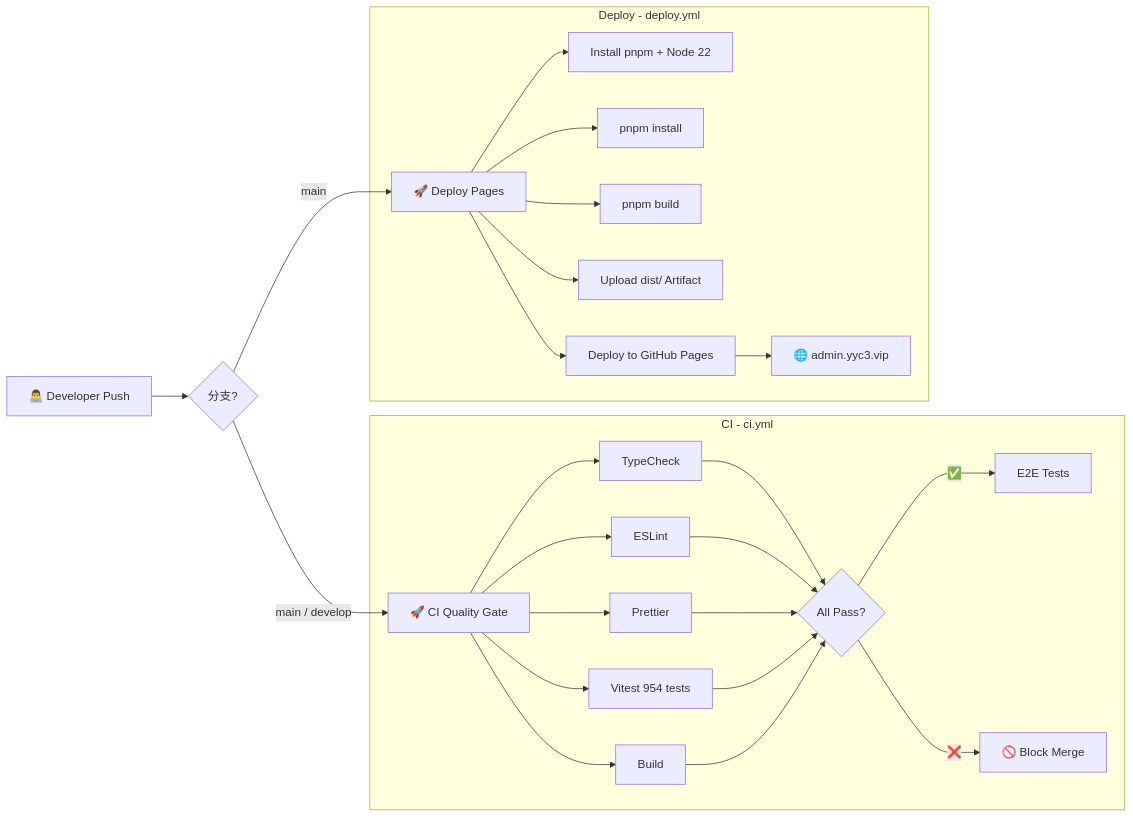
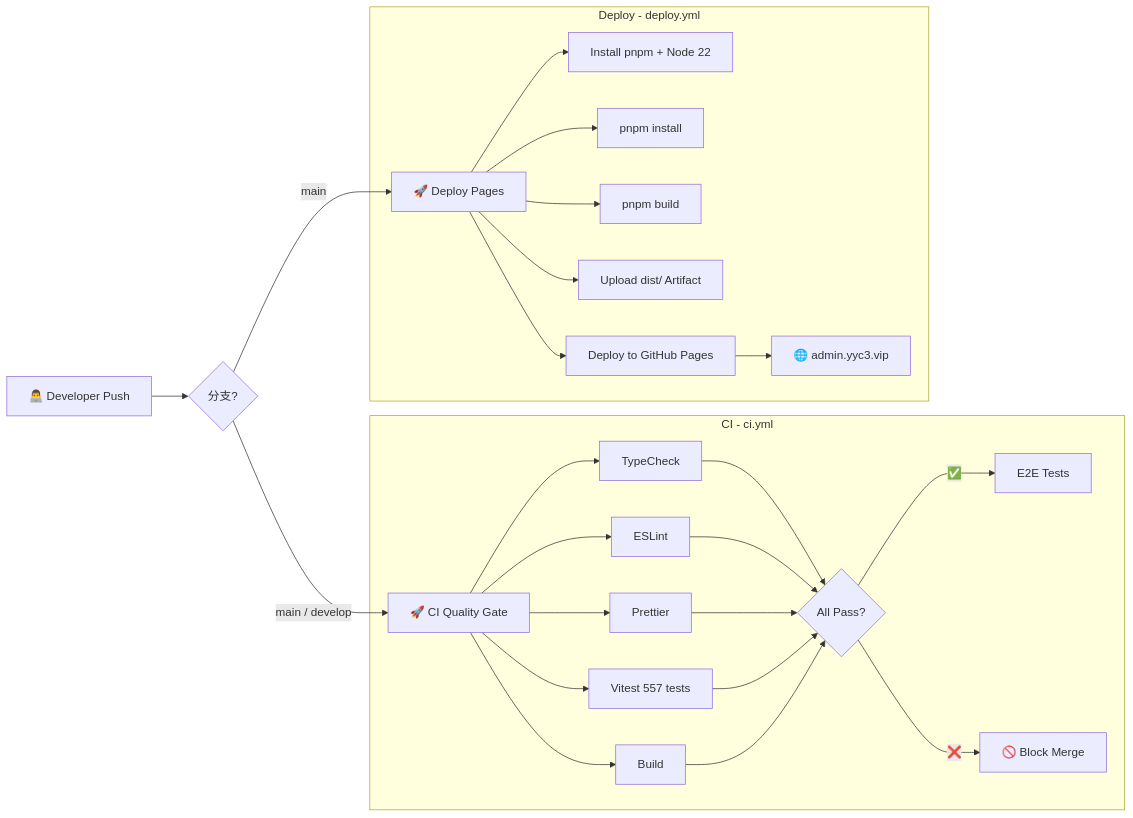
Before and after one commit to YYC-Cube/YYC3-Administration: the second of 3 diagrams in README.md, drawn with Mermaid. The commit also changed other lines of this file and 84 other files, not shown here.

````diff
--- a/README.md
+++ b/README.md
@@ -209,26 +216,26 @@
 ```mermaid
 flowchart LR
   A[👨‍💻 Developer Push] --> B{分支?}
   B -->|main / develop| C[🚀 CI Quality Gate]
   B -->|main| D[🚀 Deploy Pages]
 
   subgraph CI[CI - ci.yml]
     C --> Q1[TypeCheck]
     C --> Q2[ESLint]
     C --> Q3[Prettier]
-    C --> Q4[Vitest 954 tests]
+    C --> Q4[Vitest 557 tests]
     C --> Q5[Build]
     Q1 & Q2 & Q3 & Q4 & Q5 --> F{All Pass?}
     F -->|✅| E2E[E2E Tests]
     F -->|❌| G[🚫 Block Merge]
   end
 
   subgraph Deploy[Deploy - deploy.yml]
     D --> D1[Install pnpm + Node 22]
     D --> D2[pnpm install]
     D --> D3[pnpm build]
     D --> D4[Upload dist/ Artifact]
     D --> D5[Deploy to GitHub Pages]
     D5 --> H[🌐 admin.yyc3.vip]
   end
 ```
````
